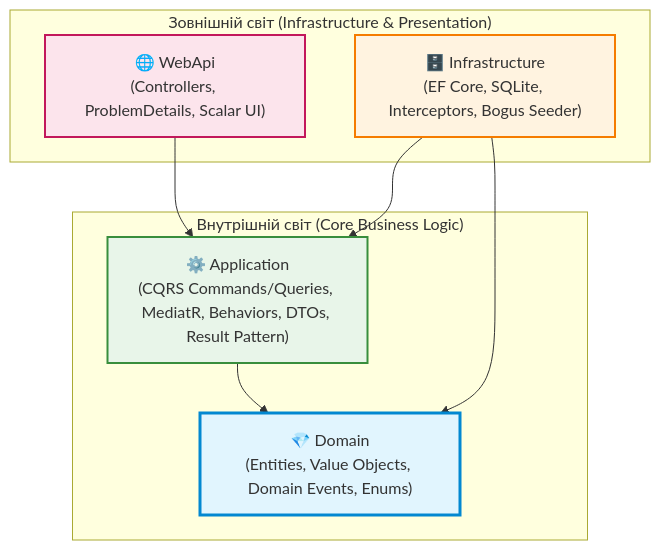
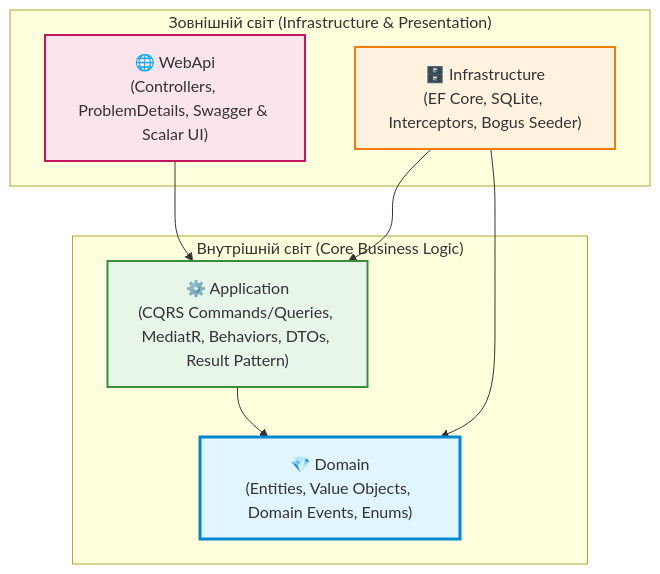
One commit to MrTomkaYurii/AspNet-CleanArchitecture-Mastery changed the diagram in README.md. Above: the diagram before and after it, drawn with Mermaid. The commit also changed other lines of this file and 4 other files, not shown here.

````diff
--- a/README.md
+++ b/README.md
@@ -71,22 +71,22 @@
 ```mermaid
 graph TD
     subgraph "Зовнішній світ (Infrastructure & Presentation)"
-        Web["🌐 WebApi<br/>(Controllers, ProblemDetails, Scalar UI)"]
+        Web["🌐 WebApi<br/>(Controllers, ProblemDetails, Swagger & Scalar UI)"]
         Infra["🗄️ Infrastructure<br/>(EF Core, SQLite, Interceptors, Bogus Seeder)"]
     end
 
     subgraph "Внутрішній світ (Core Business Logic)"
         App["⚙️ Application<br/>(CQRS Commands/Queries, MediatR, Behaviors, DTOs, Result Pattern)"]
         Dom["💎 Domain<br/>(Entities, Value Objects, Domain Events, Enums)"]
     end
 
     Web --> App
     Infra --> App
     Infra --> Dom
     App --> Dom
 
     style Dom fill:#e1f5fe,stroke:#0288d1,stroke-width:3px;
     style App fill:#e8f5e9,stroke:#388e3c,stroke-width:2px;
     style Infra fill:#fff3e0,stroke:#f57c00,stroke-width:2px;
     style Web fill:#fce4ec,stroke:#c2185b,stroke-width:2px;
 ```
````
